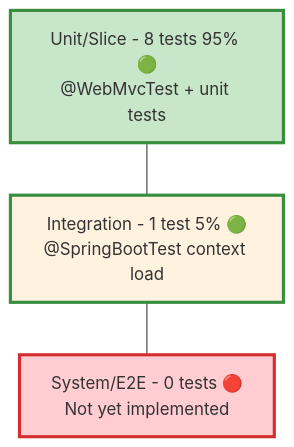
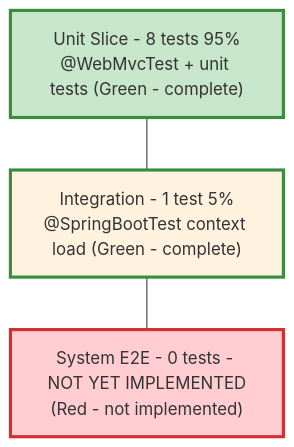
One commit to Keglev/stockease changed the second of 2 diagrams in docs/architecture/testing/pyramid.md. Above: the diagram before and after it, drawn with Mermaid. The commit also changed 2 other files, not shown here.

Commit message:
fix: Remove emojis, fix flowchart to graph, remove <br/> from arrows, fix parentheses in labels

````diff
--- a/docs/architecture/testing/pyramid.md
+++ b/docs/architecture/testing/pyramid.md
@@ -39,13 +39,13 @@
 ```mermaid
 graph TD
-    A["System/E2E - 0 tests 🔴<br/>Not yet implemented"]
-    B["Integration - 1 test 5% 🟢<br/>@SpringBootTest context load"]
-    C["Unit/Slice - 8 tests 95% 🟢<br/>@WebMvcTest + unit tests"]
+    A["System E2E - 0 tests - NOT YET IMPLEMENTED<br/>(Red - not implemented)"]
+    B["Integration - 1 test 5%<br/>@SpringBootTest context load (Green - complete)"]
+    C["Unit Slice - 8 tests 95%<br/>@WebMvcTest + unit tests (Green - complete)"]
     
     C --- B
     B --- A
     
     style A fill:#ffcdd2,stroke:#d32f2f,stroke-width:3px
     style B fill:#fff3e0,stroke:#388e3c,stroke-width:3px
     style C fill:#c8e6c9,stroke:#388e3c,stroke-width:3px
 ```
````
